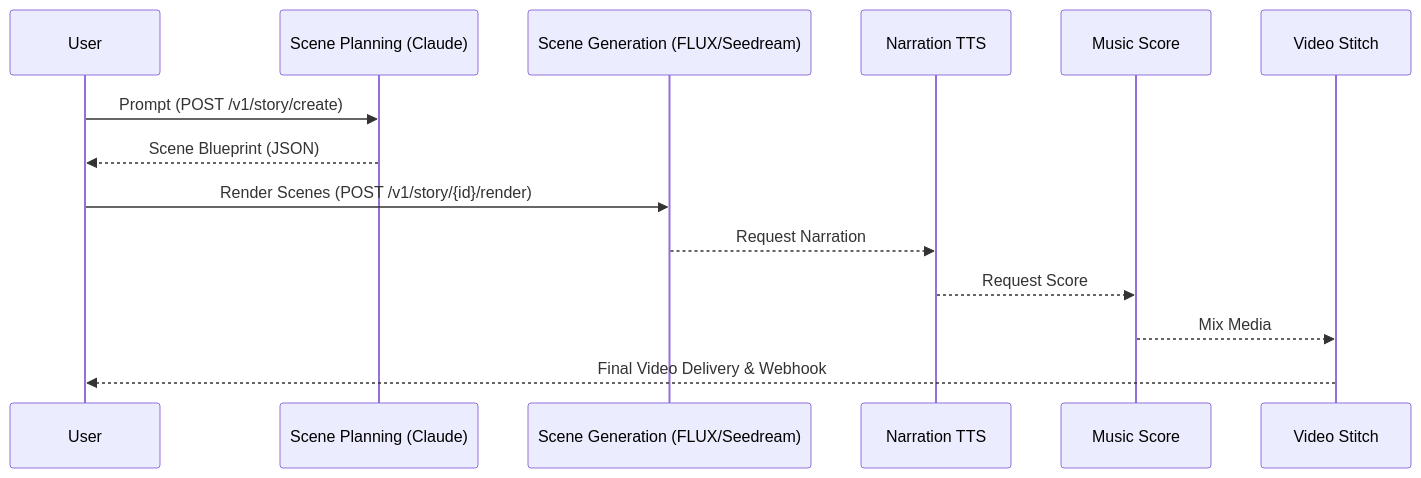
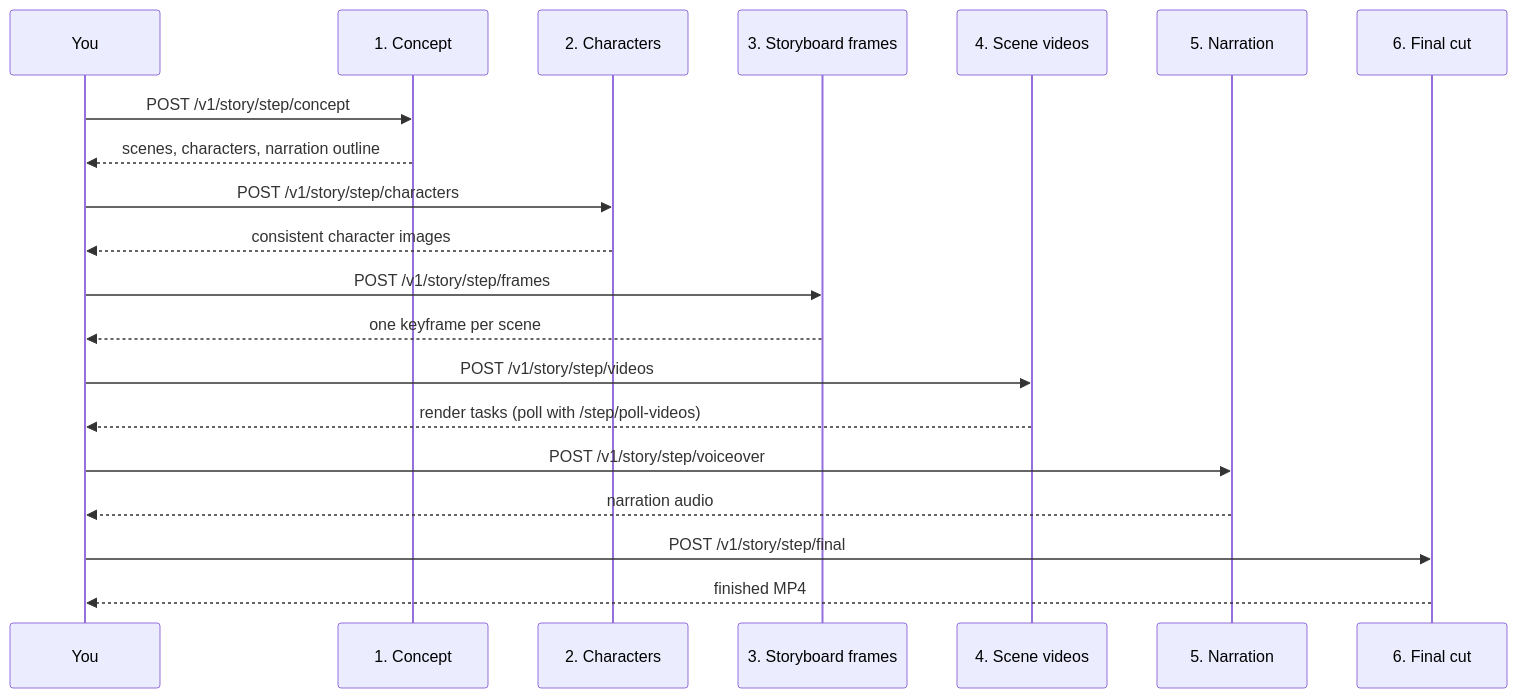
The diagram in api/story-studio.md (fotohubapp/docs), drawn with Mermaid before and after one commit. The commit also changed other lines of this file and 91 other files, not shown here.

````diff
--- a/api/story-studio.md
+++ b/api/story-studio.md
@@ -15,17 +15,23 @@
 ```mermaid
 sequenceDiagram
-    participant User
-    participant Planner as Scene Planning (Claude)
-    participant GenImage as Scene Generation (FLUX/Seedream)
-    participant TTS as Narration TTS
-    participant Music as Music Score
-    participant Stitch as Video Stitch
-    
-    User->>Planner: Prompt (POST /v1/story/create)
-    Planner-->>User: Scene Blueprint (JSON)
-    User->>GenImage: Render Scenes (POST /v1/story/{id}/render)
-    GenImage-->>TTS: Request Narration
-    TTS-->>Music: Request Score
-    Music-->>Stitch: Mix Media
-    Stitch-->>User: Final Video Delivery & Webhook
+    participant You
+    participant Concept as 1. Concept
+    participant Cast as 2. Characters
+    participant Frames as 3. Storyboard frames
+    participant Clips as 4. Scene videos
+    participant Voice as 5. Narration
+    participant Compose as 6. Final cut
+
+    You->>Concept: POST /v1/story/step/concept
+    Concept-->>You: scenes, characters, narration outline
+    You->>Cast: POST /v1/story/step/characters
+    Cast-->>You: consistent character images
+    You->>Frames: POST /v1/story/step/frames
+    Frames-->>You: one keyframe per scene
+    You->>Clips: POST /v1/story/step/videos
+    Clips-->>You: render tasks (poll with /step/poll-videos)
+    You->>Voice: POST /v1/story/step/voiceover
+    Voice-->>You: narration audio
+    You->>Compose: POST /v1/story/step/final
+    Compose-->>You: finished MP4
 ```
````
